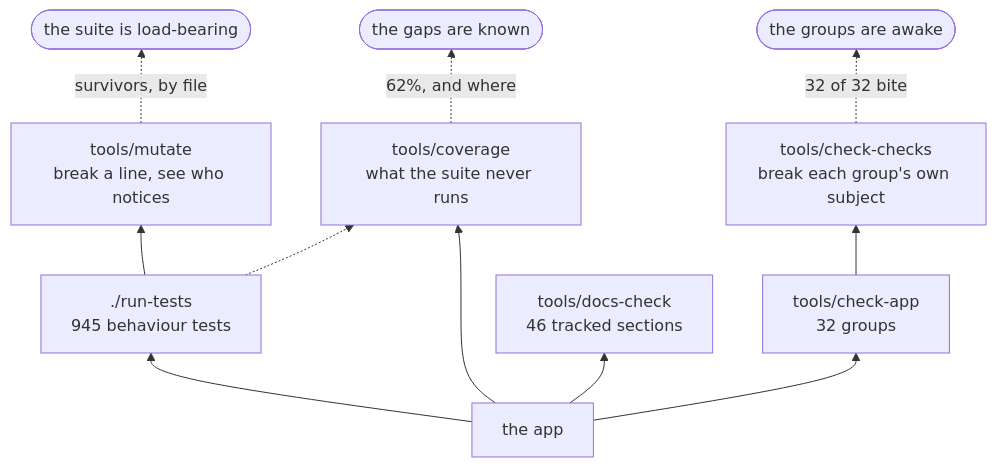
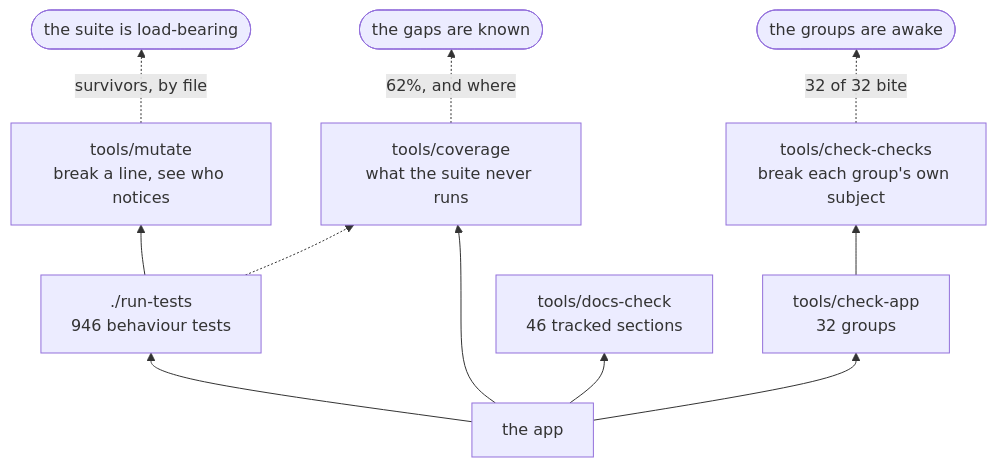
The second of 3 diagrams in docs/DEVELOPING.md (minormending/crystal-pilot-mobile), drawn with Mermaid before and after one commit. The commit also changed other lines of this file and 15 other files, not shown here.

````diff
--- a/docs/DEVELOPING.md
+++ b/docs/DEVELOPING.md
@@ -128,13 +128,13 @@
 ```mermaid
 flowchart BT
-    C["the app"] --> T["./run-tests<br/>945 behaviour tests"]
+    C["the app"] --> T["./run-tests<br/>946 behaviour tests"]
     C --> A["tools/check-app<br/>32 groups"]
     C --> D["tools/docs-check<br/>46 tracked sections"]
     C --> V["tools/coverage<br/>what the suite never runs"]
     T --> M["tools/mutate<br/>break a line, see who notices"]
     A --> K["tools/check-checks<br/>break each group's own subject"]
     T -.-> V
     M -.->|"survivors, by file"| R(["the suite is load-bearing"])
     K -.->|"32 of 32 bite"| R2(["the groups are awake"])
     V -.->|"62%, and where"| R3(["the gaps are known"])
 ```
````
